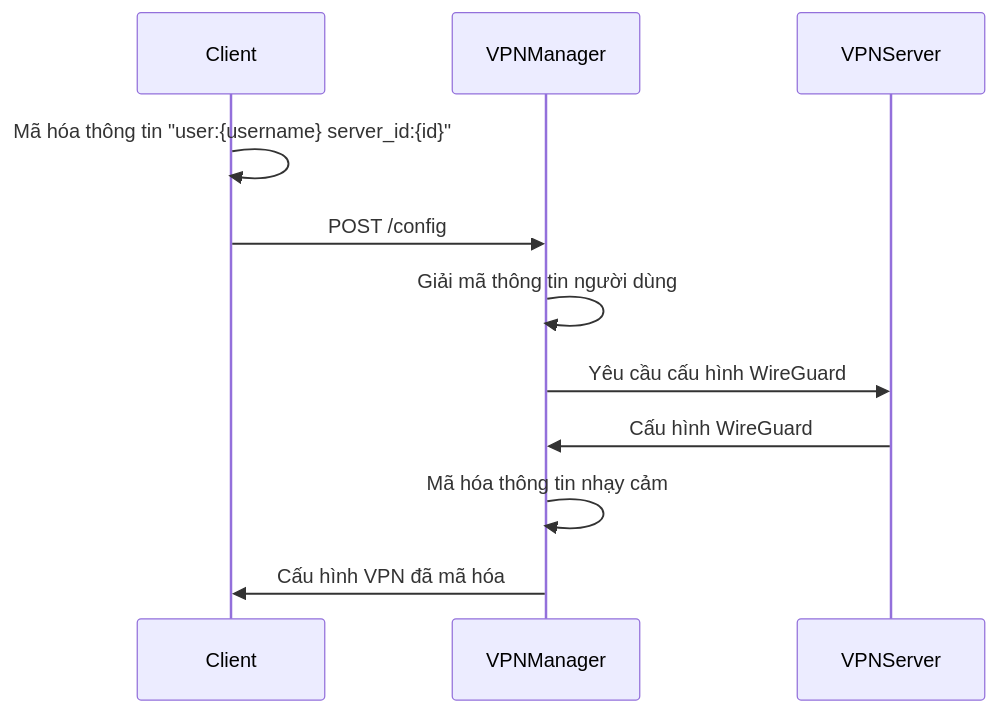
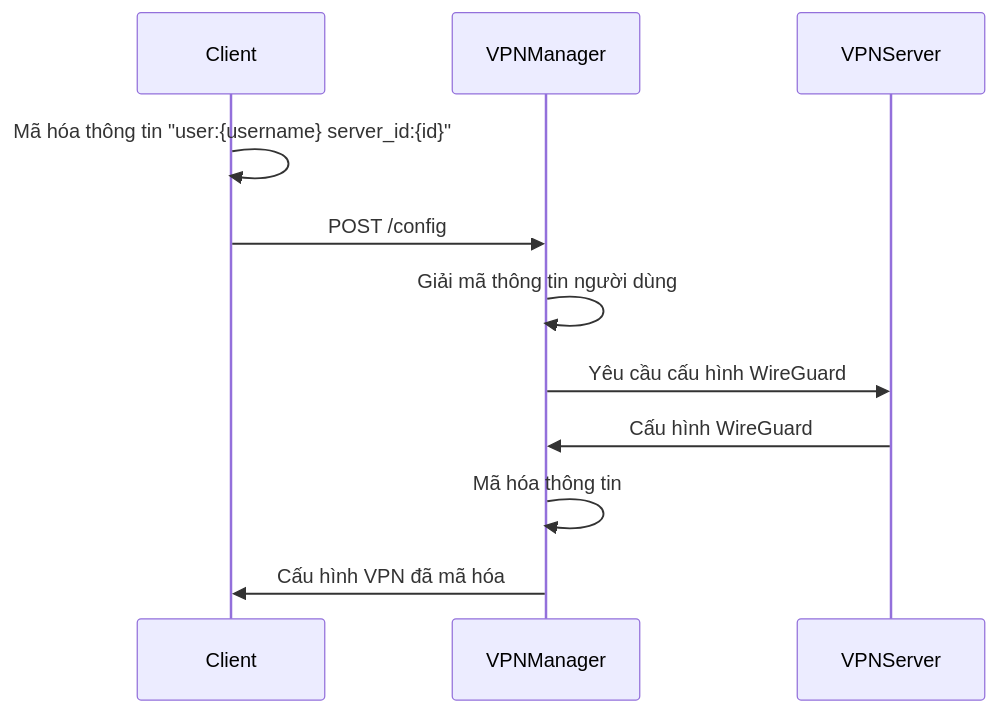
Before and after one commit to hepham/openVPNManagement: the third of 3 diagrams in vpn_manager_guide.md, drawn with Mermaid. The commit also changed other lines of this file and 3 other files, not shown here.

````diff
--- a/vpn_manager_guide.md
+++ b/vpn_manager_guide.md
@@ -42,10 +42,10 @@
 ```mermaid
 sequenceDiagram
     Client->>Client: Mã hóa thông tin "user:{username} server_id:{id}"
     Client->>VPNManager: POST /config
     VPNManager->>VPNManager: Giải mã thông tin người dùng
     VPNManager->>VPNServer: Yêu cầu cấu hình WireGuard
     VPNServer->>VPNManager: Cấu hình WireGuard
-    VPNManager->>VPNManager: Mã hóa thông tin nhạy cảm
+    VPNManager->>VPNManager: Mã hóa thông tin
     VPNManager->>Client: Cấu hình VPN đã mã hóa
 ```
````
